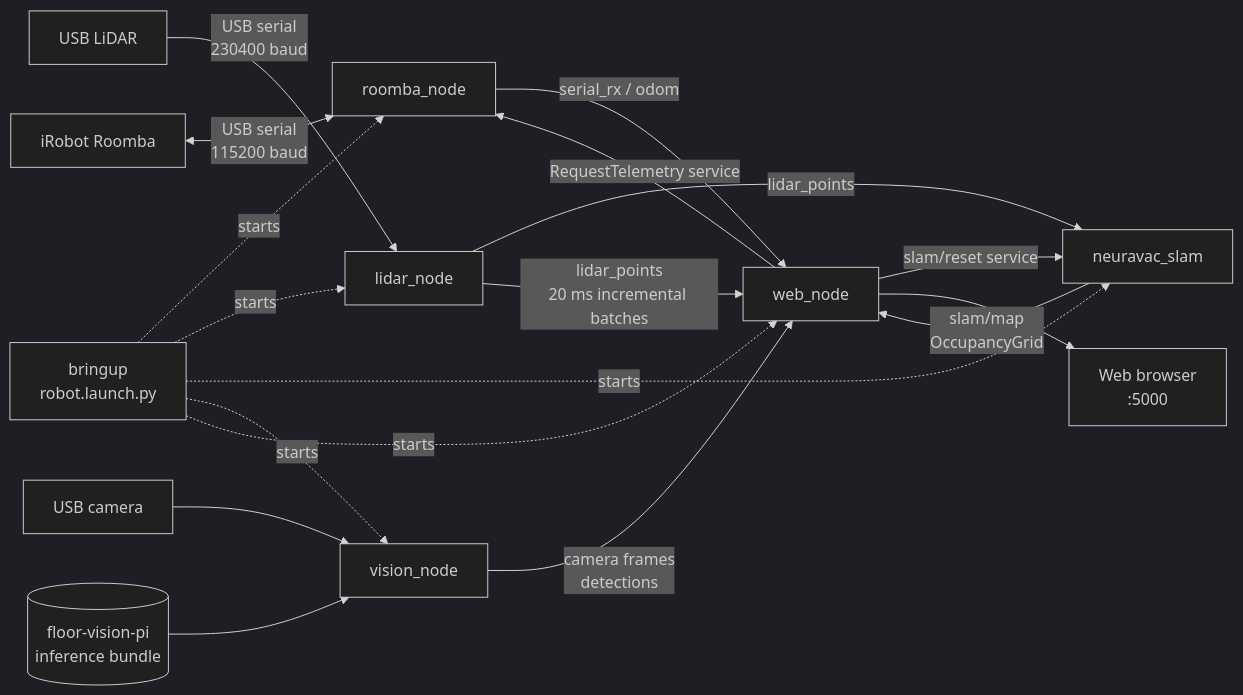
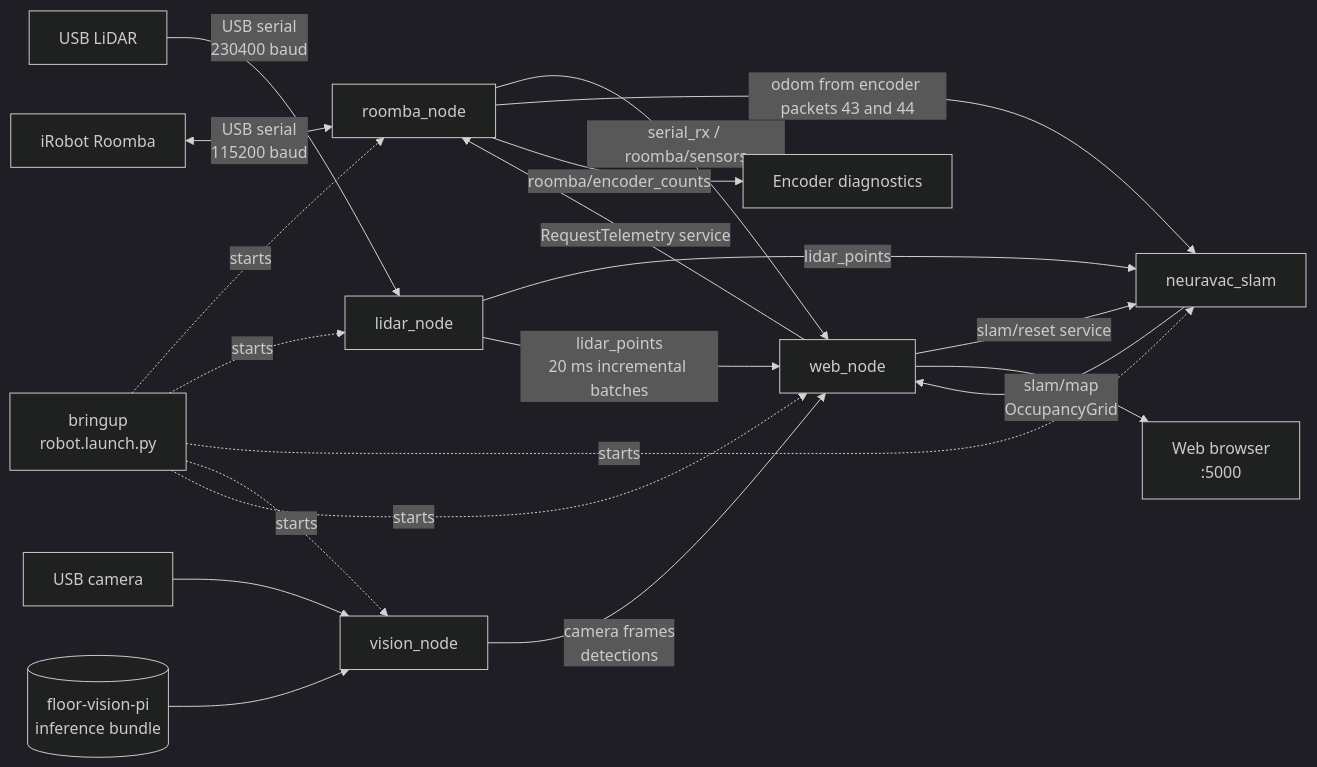
The diagram in README.md (Ericdmch/NeuraVac), drawn with Mermaid (dark theme) before and after one commit. The commit also changed other lines of this file and 20 other files, not shown here.

````diff
--- a/README.md
+++ b/README.md
@@ -25,21 +25,23 @@
 ```mermaid
 flowchart LR
     Roomba[ iRobot Roomba ] <-->|USB serial<br/>115200 baud| R[roomba_node]
     Lidar[USB LiDAR] -->|USB serial<br/>230400 baud| L[lidar_node]
     L -->|lidar_points| S[neuravac_slam]
     Camera[USB camera] --> V[vision_node]
     Bundle[(floor-vision-pi<br/>inference bundle)] --> V
 
-    R -->|serial_rx / odom| W[web_node]
+    R -->|serial_rx / roomba/sensors| W[web_node]
+    R -->|odom from encoder packets 43 and 44| S
+    R -->|roomba/encoder_counts| E[Encoder diagnostics]
     W -->|RequestTelemetry service| R
     W -->|slam/reset service| S
     L -->|lidar_points<br/>20 ms incremental batches| W
     S -->|slam/map<br/>OccupancyGrid| W
     V -->|camera frames<br/>detections| W
     W --> Browser[Web browser<br/>:5000]
     B[bringup<br/>robot.launch.py] -. starts .-> R
     B -. starts .-> L
     B -. starts .-> S
     B -. starts .-> V
     B -. starts .-> W
 ```
````
